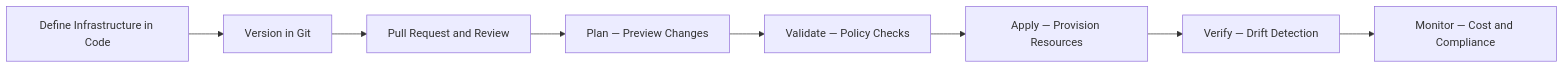
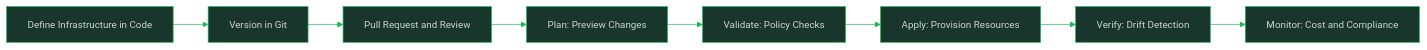
Before and after one commit to oat431/swe-knowledge: the first of 4 diagrams in career-path/07_SRE_and_Platform_Engineer/04_Delivery_Automation/03_Infrastructure_as_Code.md, drawn with Mermaid. The commit also changed other lines of this file and 893 other files, not shown here.

````diff
--- a/career-path/07_SRE_and_Platform_Engineer/04_Delivery_Automation/03_Infrastructure_as_Code.md
+++ b/career-path/07_SRE_and_Platform_Engineer/04_Delivery_Automation/03_Infrastructure_as_Code.md
@@ -33,10 +33,11 @@
 ```mermaid
+%%{init: {'theme':'base','themeVariables':{'primaryColor':'#19362D','primaryTextColor':'#CDD3D1','primaryBorderColor':'#1FB854','lineColor':'#1FB854','background':'#1B1717','mainBkg':'#19362D','clusterBkg':'#161212','edgeLabelBackground':'#161212','titleColor':'#1FB854','fontSize':'14px'}}}%%
 flowchart LR
     Define["Define Infrastructure in Code"] --> Version["Version in Git"]
     Version --> Review["Pull Request and Review"]
-    Review --> Plan["Plan — Preview Changes"]
-    Plan --> Validate["Validate — Policy Checks"]
-    Validate --> Apply["Apply — Provision Resources"]
-    Apply --> Verify["Verify — Drift Detection"]
-    Verify --> Monitor["Monitor — Cost and Compliance"]
+    Review --> Plan["Plan: Preview Changes"]
+    Plan --> Validate["Validate: Policy Checks"]
+    Validate --> Apply["Apply: Provision Resources"]
+    Apply --> Verify["Verify: Drift Detection"]
+    Verify --> Monitor["Monitor: Cost and Compliance"]
 ```
````
